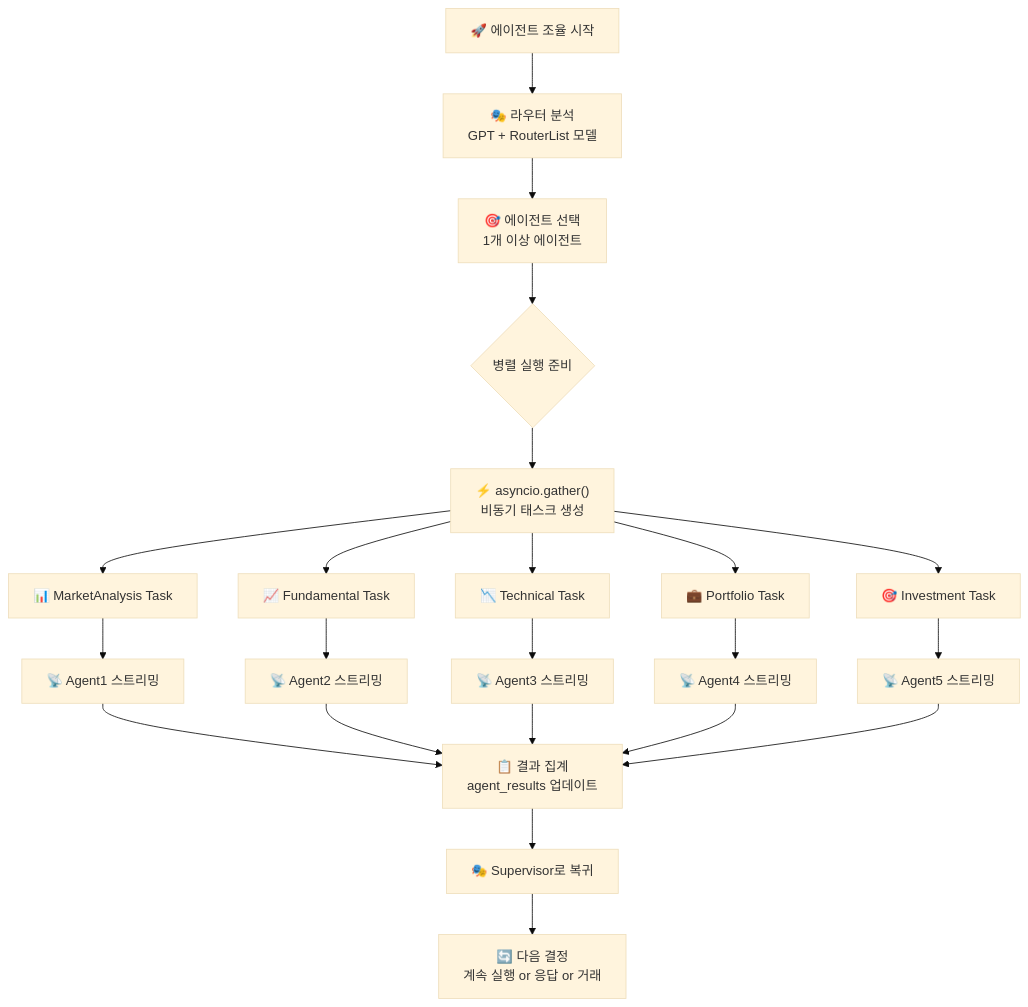
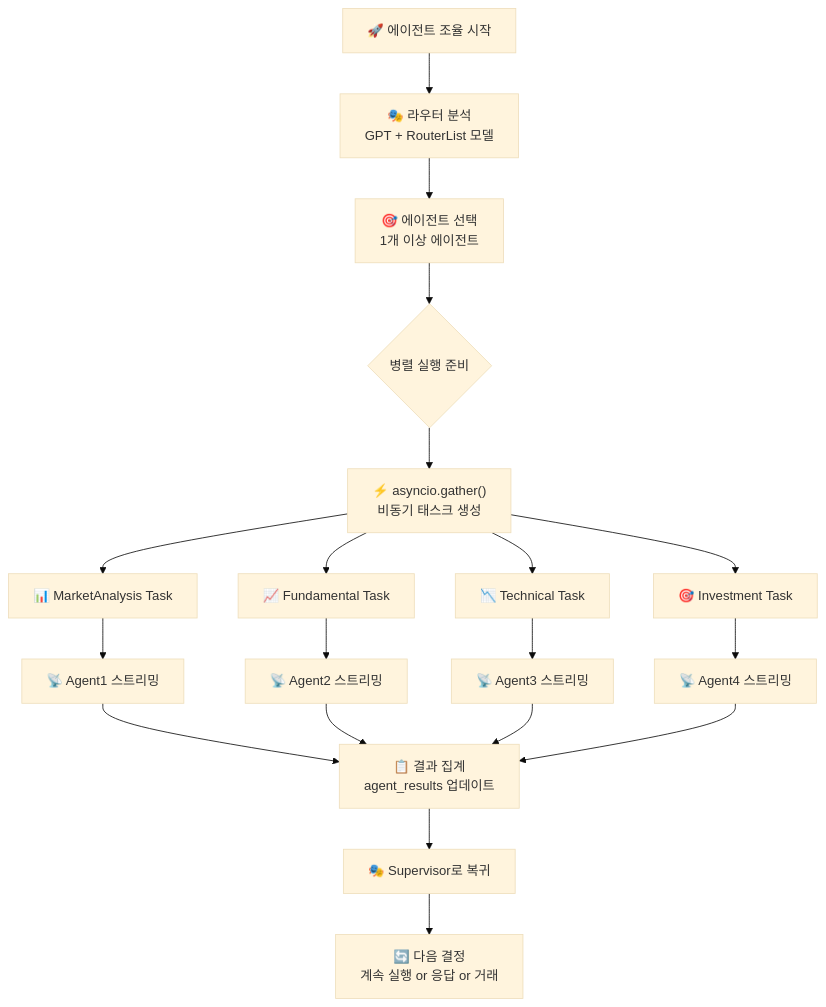
Before and after one commit to Stockelper-Lab/stockelper-llm: the seventh of 7 diagrams in docs/Langgraph_Structure.md, drawn with Mermaid (base theme). The commit also changed other lines of this file and 19 other files, not shown here.

````diff
--- a/docs/Langgraph_Structure.md
+++ b/docs/Langgraph_Structure.md
@@ -222,35 +220,32 @@
 ```mermaid
 graph TB
     %% Agent Coordination and Parallel Processing
     CoordStart["🚀 에이전트 조율 시작"] --> RouterAnalysis["🎭 라우터 분석<br/>GPT + RouterList 모델"]
     
     RouterAnalysis --> AgentSelection["🎯 에이전트 선택<br/>1개 이상 에이전트"]
     
     AgentSelection --> ParallelExecution{병렬 실행 준비}
     
     %% Parallel Agent Execution
     ParallelExecution --> AsyncTasks["⚡ asyncio.gather()<br/>비동기 태스크 생성"]
     
     AsyncTasks --> Agent1Task["📊 MarketAnalysis Task"]
     AsyncTasks --> Agent2Task["📈 Fundamental Task"]
     AsyncTasks --> Agent3Task["📉 Technical Task"]
-    AsyncTasks --> Agent4Task["💼 Portfolio Task"]
-    AsyncTasks --> Agent5Task["🎯 Investment Task"]
+    AsyncTasks --> Agent4Task["🎯 Investment Task"]
     
     %% Individual Agent Streams
     Agent1Task --> Agent1Stream["📡 Agent1 스트리밍"]
     Agent2Task --> Agent2Stream["📡 Agent2 스트리밍"]
     Agent3Task --> Agent3Stream["📡 Agent3 스트리밍"]
     Agent4Task --> Agent4Stream["📡 Agent4 스트리밍"]
-    Agent5Task --> Agent5Stream["📡 Agent5 스트리밍"]
     
     %% Results Aggregation
     Agent1Stream --> ResultsAggregation["📋 결과 집계<br/>agent_results 업데이트"]
     Agent2Stream --> ResultsAggregation
     Agent3Stream --> ResultsAggregation
     Agent4Stream --> ResultsAggregation
-    Agent5Stream --> ResultsAggregation
     
     ResultsAggregation --> SupervisorReturn["🎭 Supervisor로 복귀"]
     SupervisorReturn --> NextDecision["🔄 다음 결정<br/>계속 실행 or 응답 or 거래"]
 ```
````
